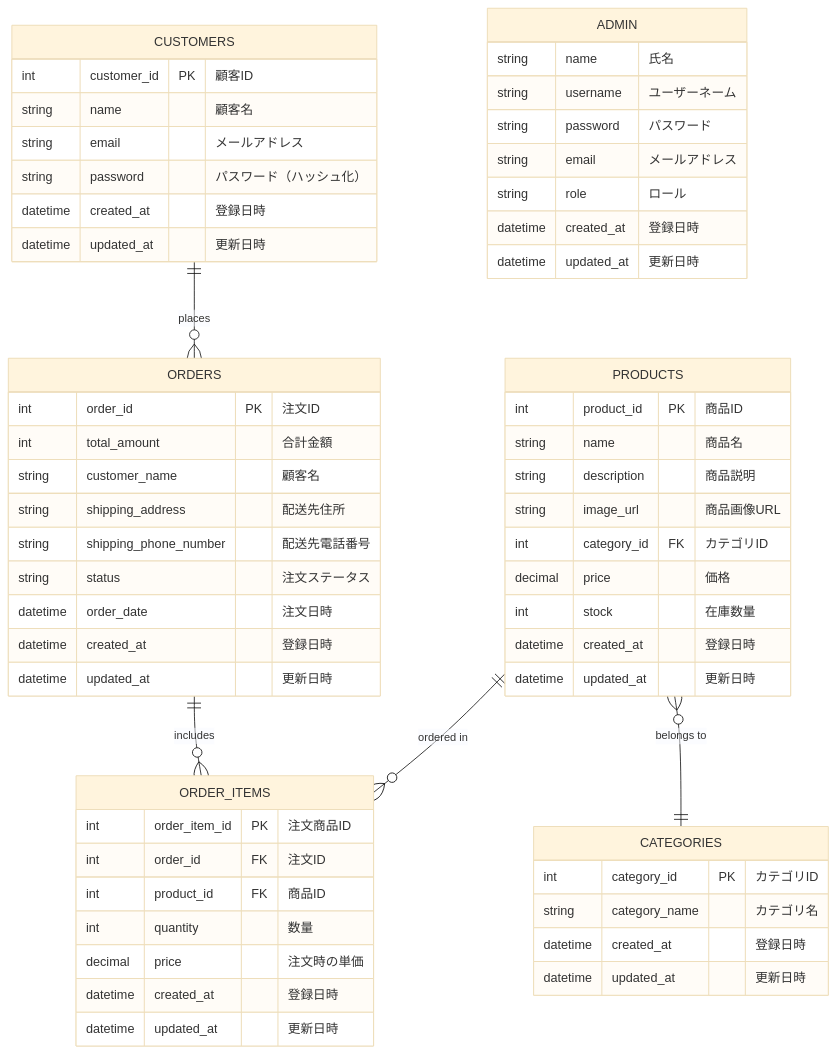
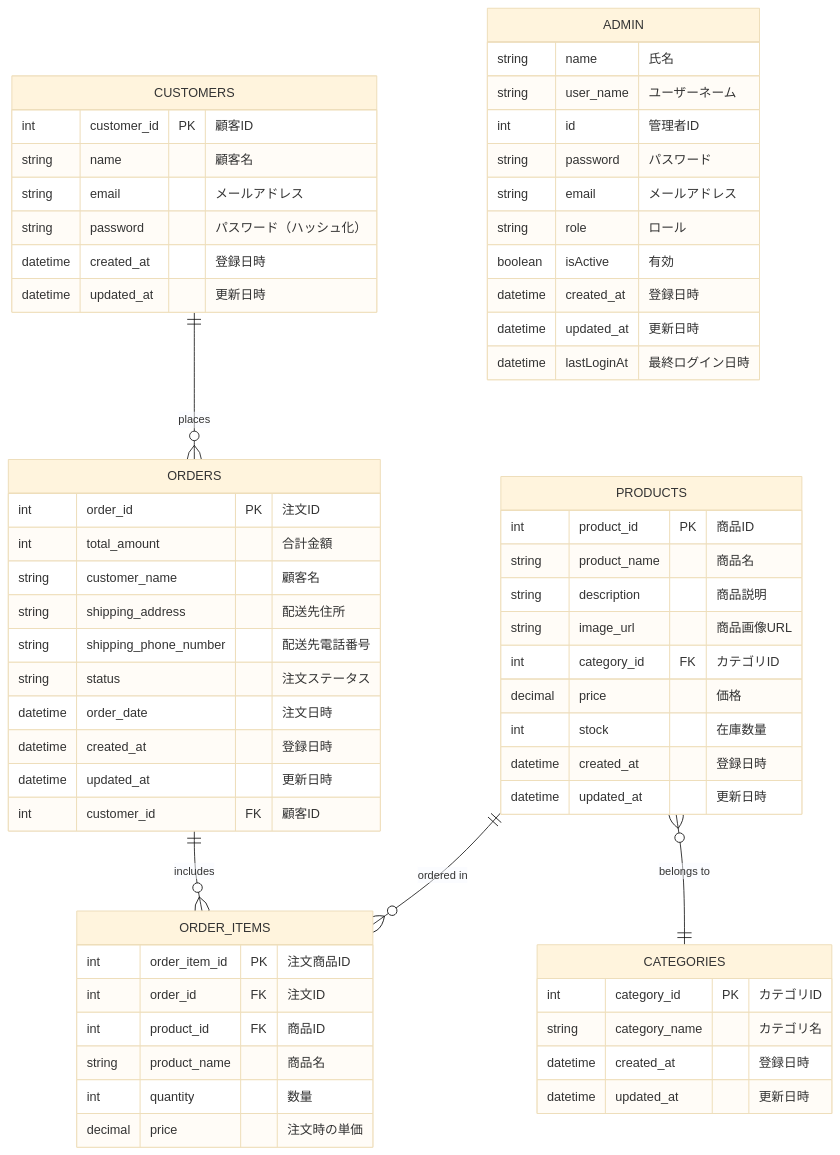
The sixth of 6 diagrams in 基本設計書/基本設計書.md (Rikumt12/Popcorn), drawn with Mermaid (base theme) before and after one commit. The commit also changed other lines of this file and 1 other file, not shown here.

Commit message:
テーブル設計の変更

````diff
--- a/基本設計書/基本設計書.md
+++ b/基本設計書/基本設計書.md
@@ -376,63 +377,67 @@
 ```mermaid
 
 erDiagram
     CUSTOMERS ||--o{ ORDERS : "places"
     PRODUCTS }o--|| CATEGORIES : "belongs to"
     ORDERS ||--o{ ORDER_ITEMS : "includes"
     PRODUCTS ||--o{ ORDER_ITEMS : "ordered in"
 
     CUSTOMERS {
         int customer_id PK "顧客ID"
         string name "顧客名"
         string email "メールアドレス"
         string password "パスワード（ハッシュ化）"
         datetime created_at "登録日時"
         datetime updated_at "更新日時"
     }
     PRODUCTS {
         int product_id PK "商品ID"
-        string name "商品名"
+        string product_name "商品名"
         string description "商品説明"
         string image_url "商品画像URL"
         int category_id FK "カテゴリID"
         decimal price "価格"
         int stock "在庫数量"
         datetime created_at "登録日時"
         datetime updated_at "更新日時"
     }
     CATEGORIES {
         int category_id PK "カテゴリID"
         string category_name "カテゴリ名"
         datetime created_at "登録日時"
         datetime updated_at "更新日時"
     }
     ORDERS {
         int order_id PK "注文ID"
         int total_amount "合計金額"
         string customer_name "顧客名"
         string shipping_address "配送先住所"
         string shipping_phone_number "配送先電話番号"
         string status "注文ステータス"
         datetime order_date "注文日時"
         datetime created_at "登録日時"
         datetime updated_at "更新日時"
+        int customer_id FK "顧客ID"
     }
     ORDER_ITEMS {
         int order_item_id PK "注文商品ID"
         int order_id FK "注文ID"
         int product_id FK "商品ID"
+        string product_name "商品名"
         int quantity "数量"
         decimal price "注文時の単価"
-        datetime created_at "登録日時"
-        datetime updated_at "更新日時"
+
     }
     ADMIN {
         string name "氏名"
-        string username "ユーザーネーム"
+        string user_name "ユーザーネーム"
+        int id "管理者ID"
         string password "パスワード"
         string email "メールアドレス"
         string role "ロール"
+        boolean isActive "有効"
         datetime created_at "登録日時"
         datetime updated_at "更新日時"
+        datetime lastLoginAt "最終ログイン日時"
     }
 ```
````
